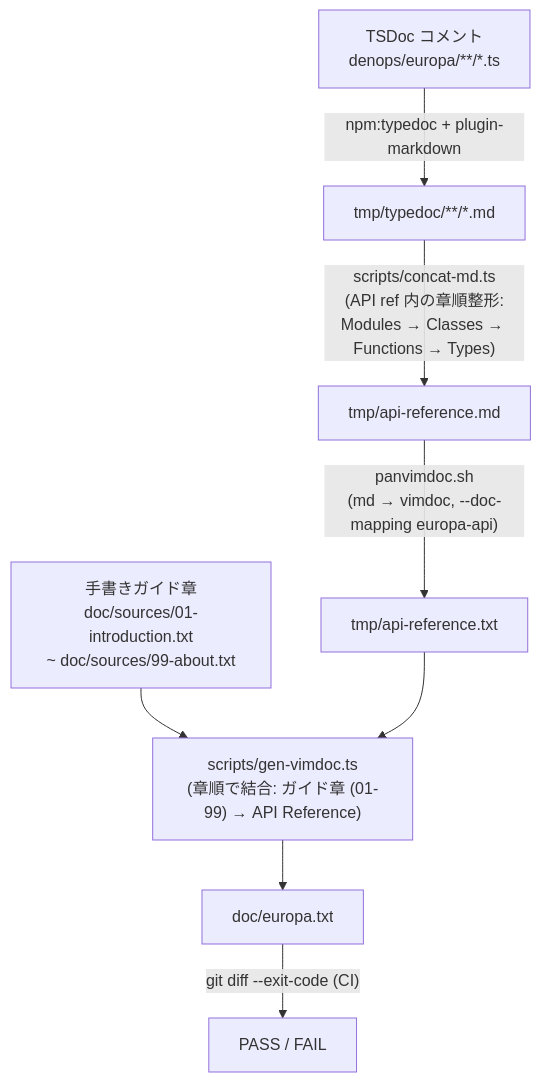
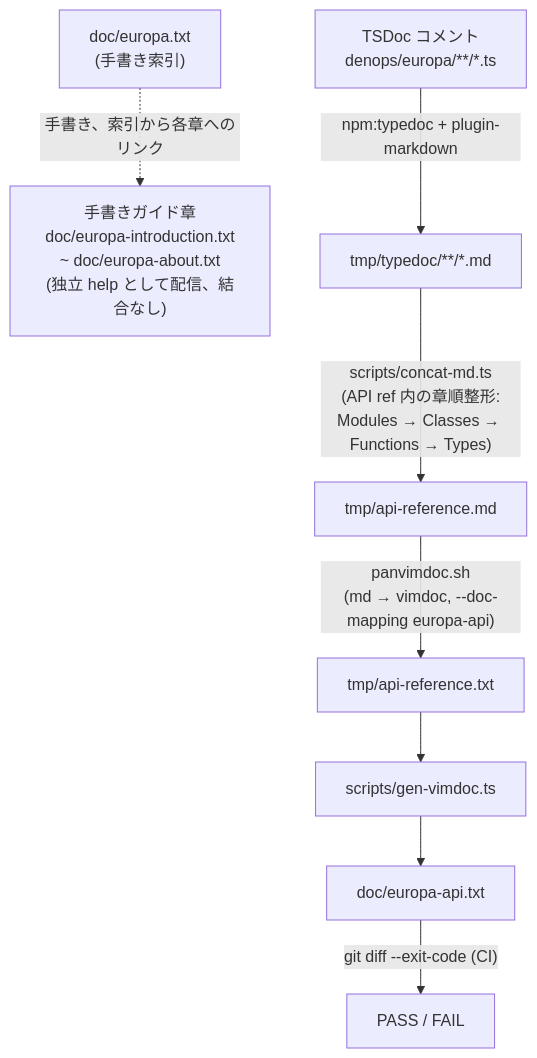
The fifth of 13 diagrams in DESIGN.ja.md (peacock0803sz/Europa.vim), drawn with Mermaid before and after one commit. The commit also changed other lines of this file and 6 other files, not shown here.

````diff
--- a/DESIGN.ja.md
+++ b/DESIGN.ja.md
@@ -545,12 +545,13 @@
 ```mermaid
 graph TD
-  G["手書きガイド章<br/>doc/sources/01-introduction.txt<br/>~ doc/sources/99-about.txt"]
+  G["手書きガイド章<br/>doc/europa-introduction.txt<br/>~ doc/europa-about.txt<br/>(独立 help として配信、結合なし)"]
+  Gi["doc/europa.txt<br/>(手書き索引)"]
   T["TSDoc コメント<br/>denops/europa/**/*.ts"]
   T -->|"npm:typedoc + plugin-markdown"| Tm["tmp/typedoc/**/*.md"]
   Tm -->|"scripts/concat-md.ts<br/>(API ref 内の章順整形:<br/>Modules → Classes → Functions → Types)"| Tc["tmp/api-reference.md"]
   Tc -->|"panvimdoc.sh<br/>(md → vimdoc, --doc-mapping europa-api)"| Av["tmp/api-reference.txt"]
-  G --> Cb["scripts/gen-vimdoc.ts<br/>(章順で結合: ガイド章 (01-99) → API Reference)"]
-  Av --> Cb
-  Cb --> E["doc/europa.txt"]
+  Av --> Cb["scripts/gen-vimdoc.ts"]
+  Cb --> E["doc/europa-api.txt"]
+  Gi -.->|"手書き、索引から各章へのリンク"| G
   E -->|"git diff --exit-code (CI)"| F["PASS / FAIL"]
 ```
````
